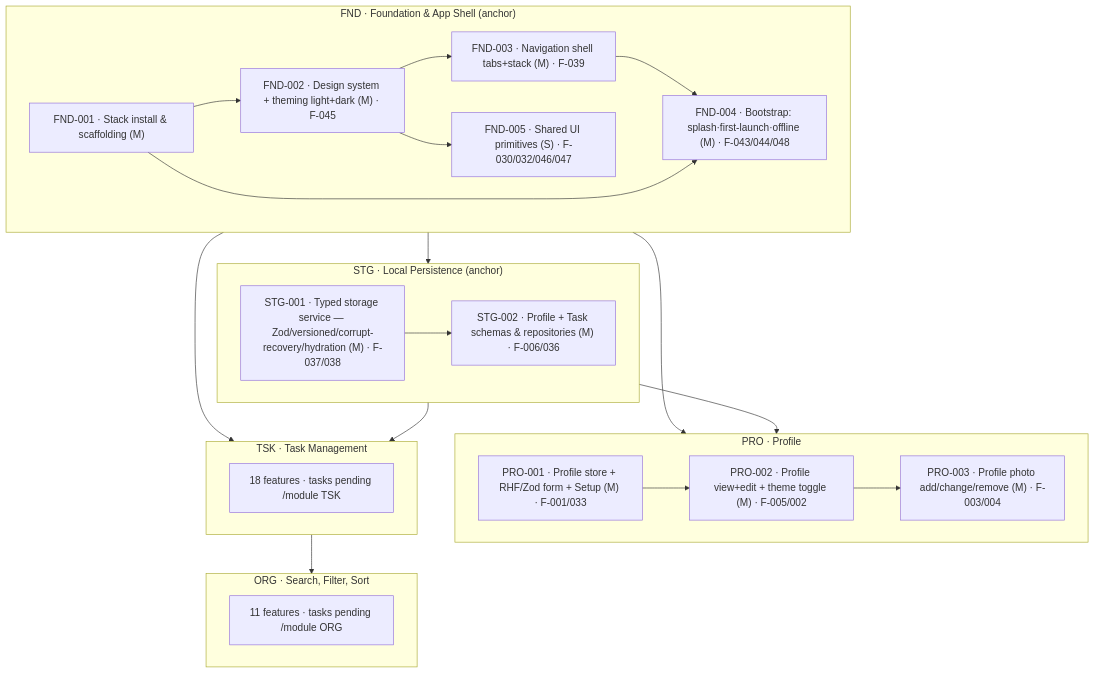
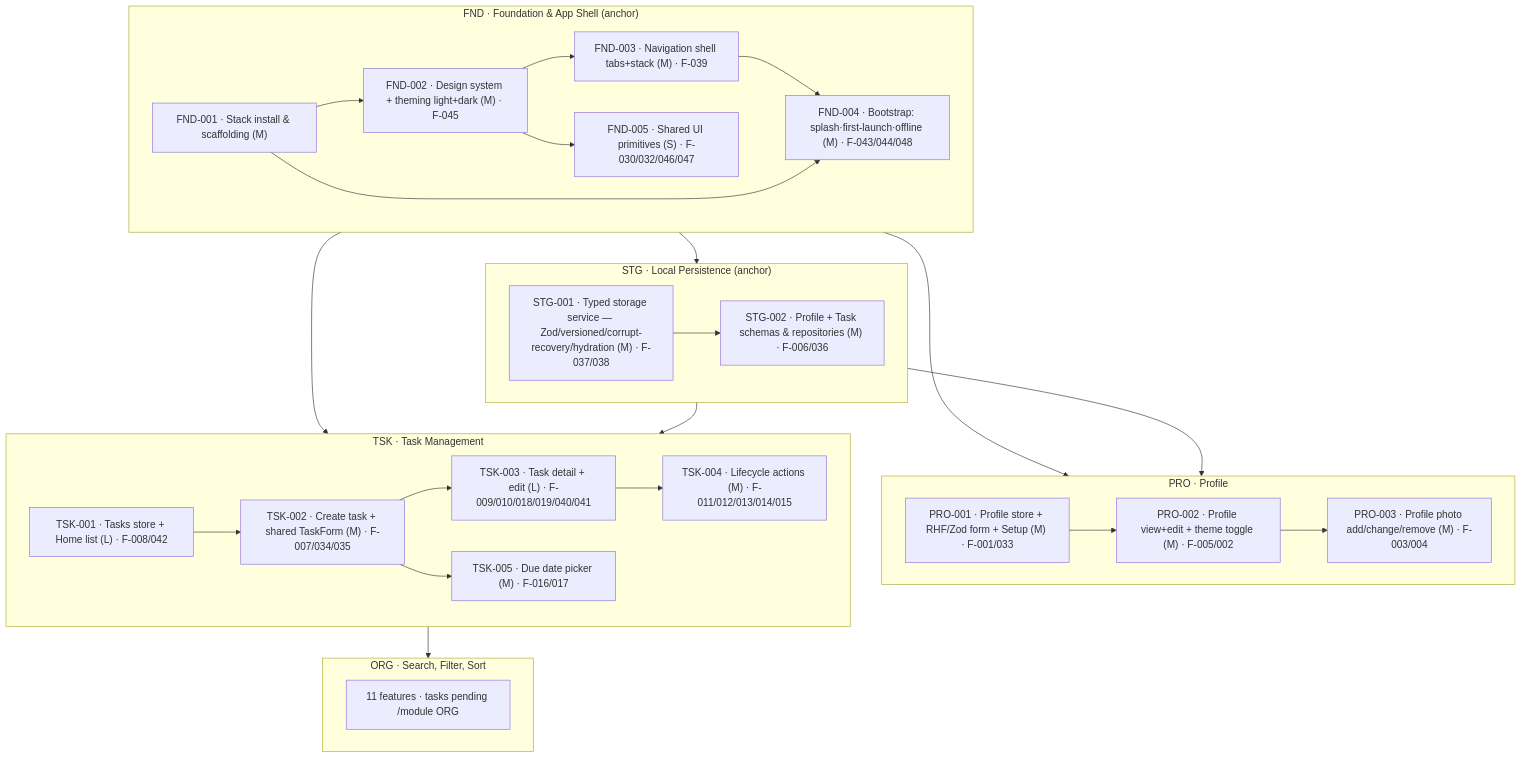
One commit to gourav-kashyap-brainspack/harness-todo-app changed the diagram in docs/graph/graph.mmd. Above: the diagram before and after it, drawn with Mermaid. The commit also changed 8 other files, not shown here.

First line of the commit message:
plan(TSK): module tasks + specs (store/list, create, detail/edit, actions, due-date)

```diff
--- a/docs/graph/graph.mmd
+++ b/docs/graph/graph.mmd
@@ -1,45 +1,53 @@
 %% Task/build dependency graph — generated by the task-graph skill from docs/graph/modules.json.
 %% Module-level edges + FND task nodes (from /module FND). Other modules' tasks added by /module <id>.
 graph TD
   %% ---- Module dependency edges ----
   FND --> STG
   FND --> PRO
   FND --> TSK
   STG --> PRO
   STG --> TSK
   TSK --> ORG
 
   %% ---- FND tasks (planned) ----
   subgraph FND["FND · Foundation & App Shell (anchor)"]
     FND001["FND-001 · Stack install & scaffolding (M)"]
     FND002["FND-002 · Design system + theming light+dark (M) · F-045"]
     FND003["FND-003 · Navigation shell tabs+stack (M) · F-039"]
     FND004["FND-004 · Bootstrap: splash·first-launch·offline (M) · F-043/044/048"]
     FND005["FND-005 · Shared UI primitives (S) · F-030/032/046/047"]
     FND001 --> FND002
     FND002 --> FND003
     FND002 --> FND005
     FND003 --> FND004
     FND001 --> FND004
   end
 
   subgraph STG["STG · Local Persistence (anchor)"]
     STG001["STG-001 · Typed storage service — Zod/versioned/corrupt-recovery/hydration (M) · F-037/038"]
     STG002["STG-002 · Profile + Task schemas & repositories (M) · F-006/036"]
     STG001 --> STG002
   end
   subgraph PRO["PRO · Profile"]
     PRO001["PRO-001 · Profile store + RHF/Zod form + Setup (M) · F-001/033"]
     PRO002["PRO-002 · Profile view+edit + theme toggle (M) · F-005/002"]
     PRO003["PRO-003 · Profile photo add/change/remove (M) · F-003/004"]
     PRO001 --> PRO002
     PRO002 --> PRO003
   end
   subgraph TSK["TSK · Task Management"]
-    TSK_m["18 features · tasks pending /module TSK"]
+    TSK001["TSK-001 · Tasks store + Home list (L) · F-008/042"]
+    TSK002["TSK-002 · Create task + shared TaskForm (M) · F-007/034/035"]
+    TSK003["TSK-003 · Task detail + edit (L) · F-009/010/018/019/040/041"]
+    TSK004["TSK-004 · Lifecycle actions (M) · F-011/012/013/014/015"]
+    TSK005["TSK-005 · Due date picker (M) · F-016/017"]
+    TSK001 --> TSK002
+    TSK002 --> TSK003
+    TSK003 --> TSK004
+    TSK002 --> TSK005
   end
   subgraph ORG["ORG · Search, Filter, Sort"]
     ORG_m["11 features · tasks pending /module ORG"]
   end
 
   %% Critical path: FND-001 -> FND-002 -> FND-003 -> FND-004. FND-005 parallel with FND-003 (group FND-pg1).
```
